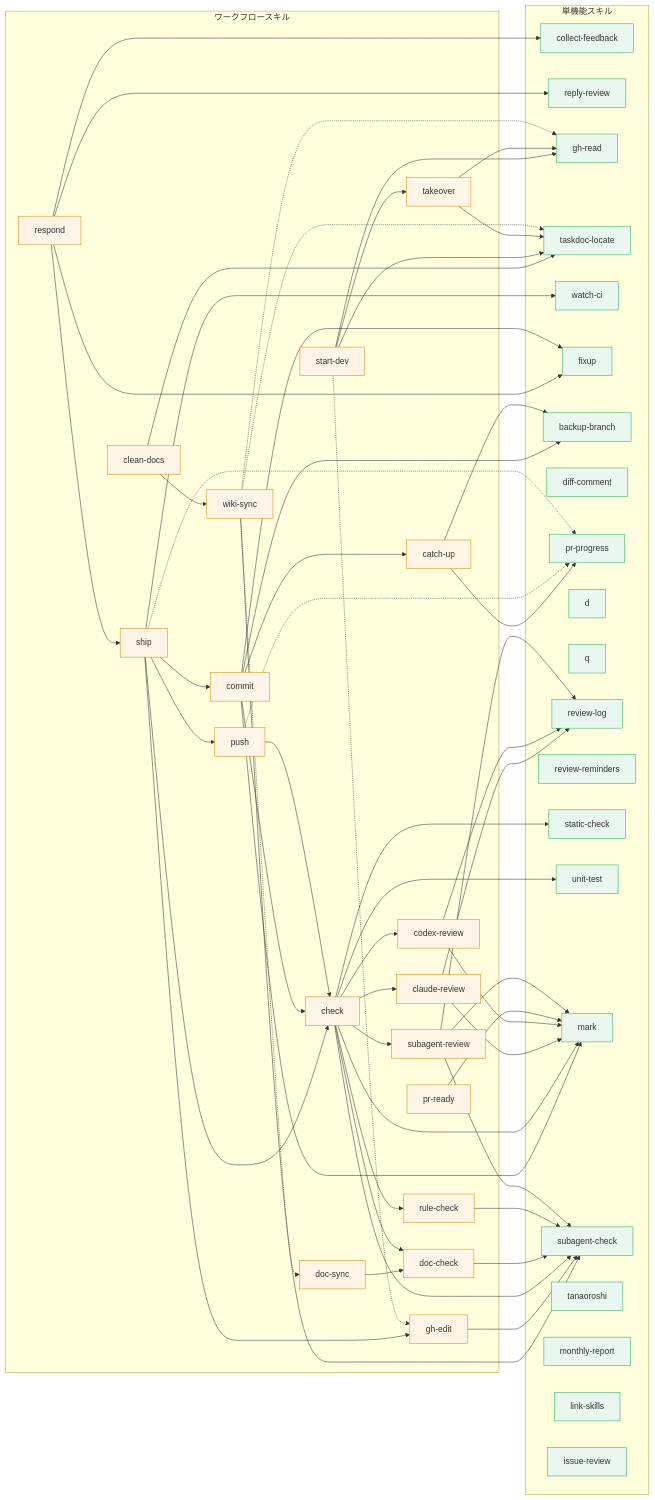
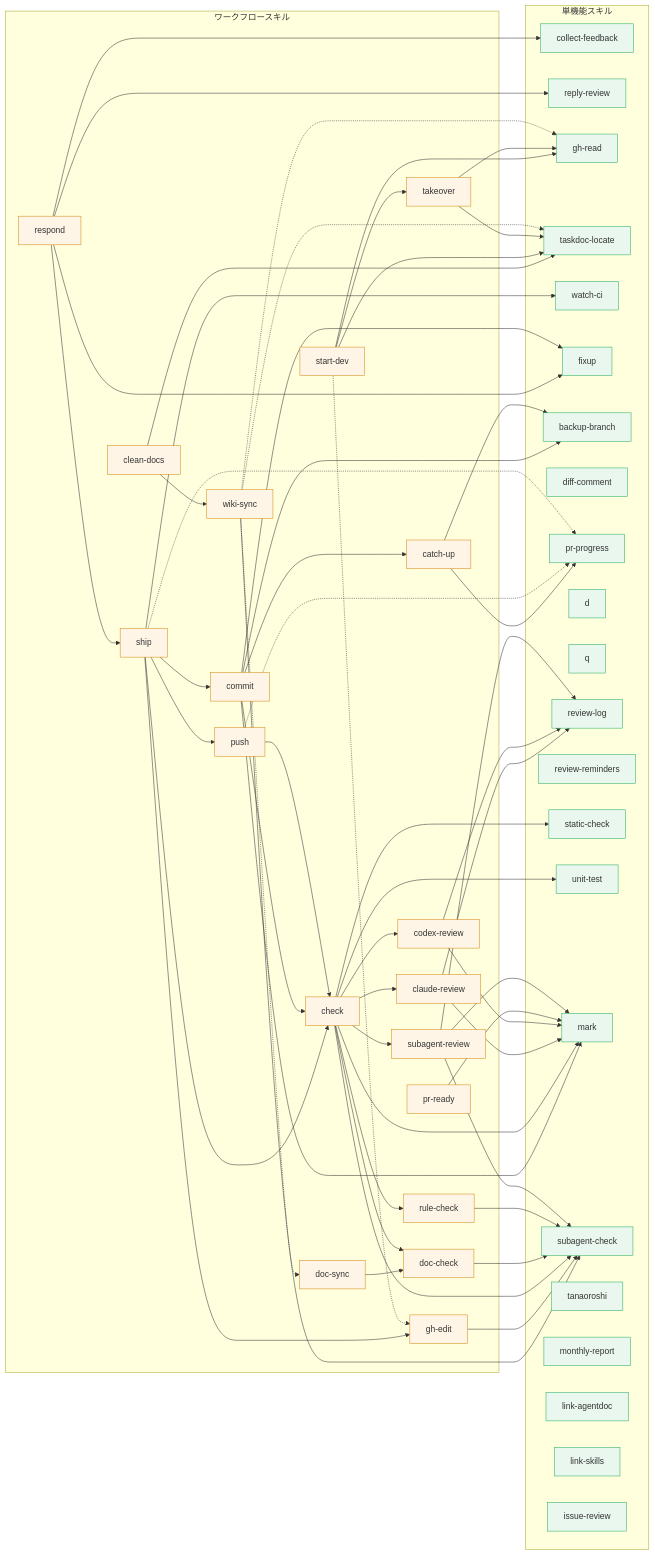
The second of 2 diagrams in README.md (mistbind3u88/bonsai), drawn with Mermaid before and after one commit. The commit also changed other lines of this file and 4 other files, not shown here.

Commit message:
feat: link-agentdoc skillを追加する

```diff
--- a/README.md
+++ b/README.md
@@ -146,6 +147,7 @@
         subagent-check:::single
         tanaoroshi:::single
         monthly-report:::single
+        link-agentdoc:::single
         link-skills:::single
         issue-review:::single
     end
```
